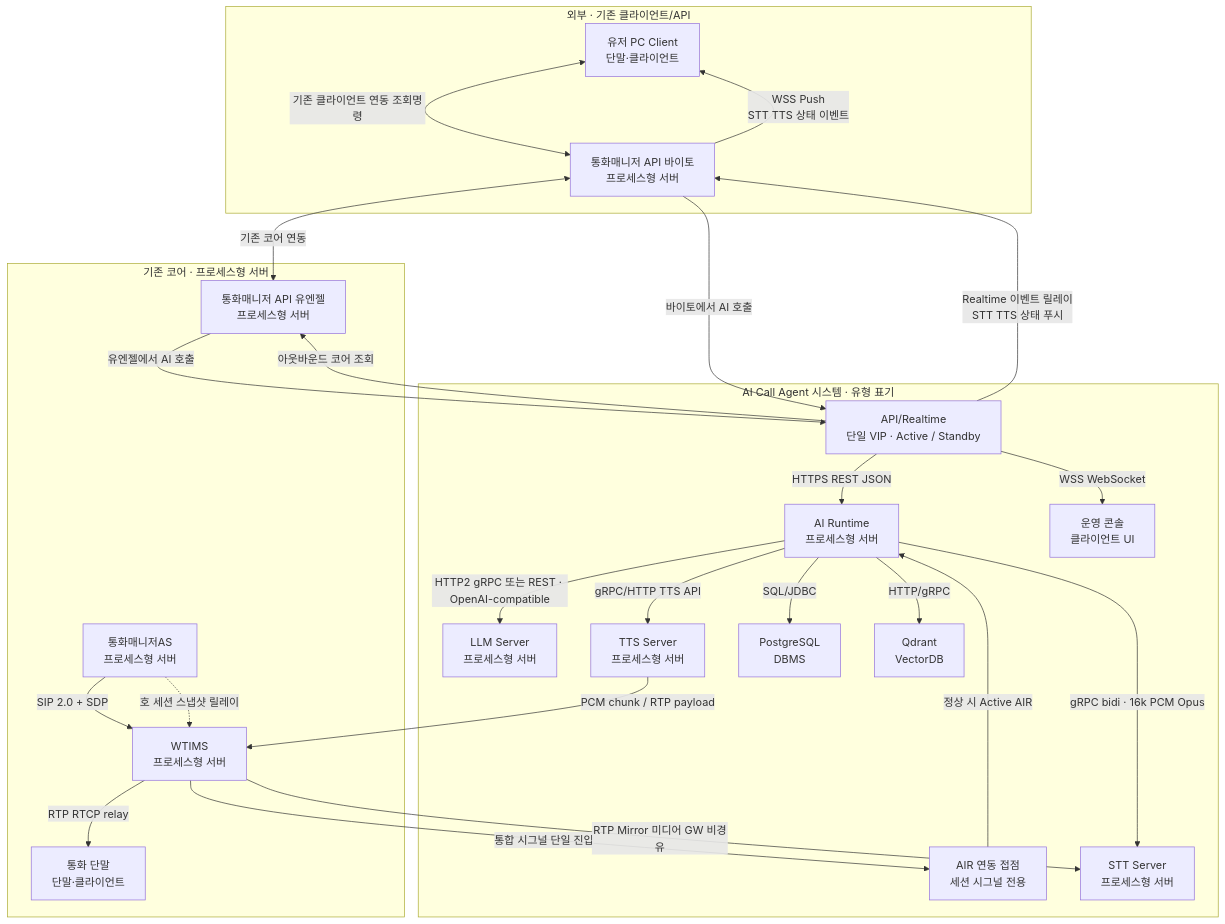
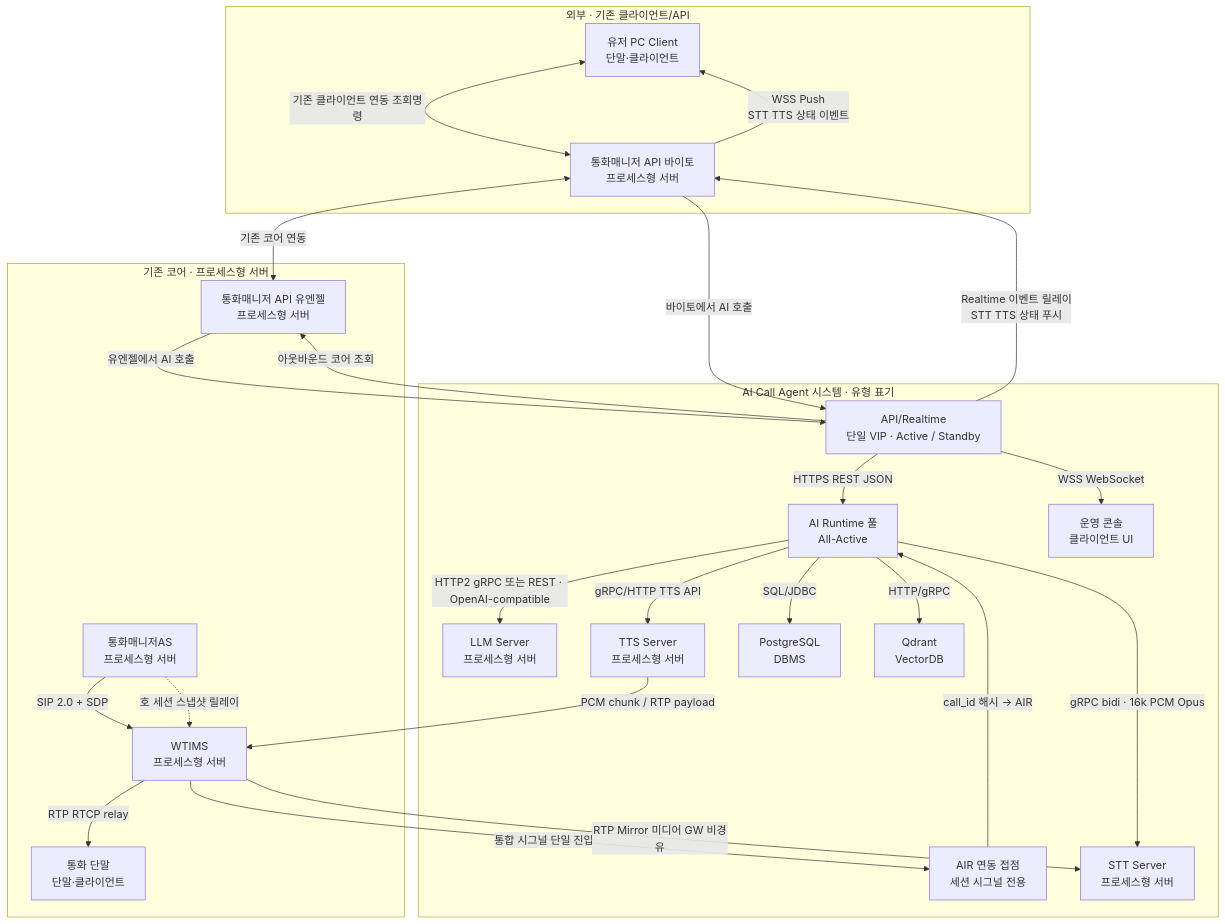
The fourth of 7 diagrams in docs/architecture/production-deployment-architecture.md (hak023/agentic_ai_callbot), drawn with Mermaid before and after one commit. The commit also changed other lines of this file, not shown here.

First line of the commit message:
docs(architecture): production deployment — AI Runtime MM, GW vs L4 검토 반영

````diff
--- a/docs/architecture/production-deployment-architecture.md
+++ b/docs/architecture/production-deployment-architecture.md
@@ -491,42 +482,42 @@
 ```mermaid
 flowchart TD
     subgraph EXT_LEGACY["외부 · 기존 클라이언트/API"]
         PCL["유저 PC Client<br/>단말·클라이언트"]
         BAPI["통화매니저 API 바이토<br/>프로세스형 서버"]
     end
     subgraph CORE["기존 코어 · 프로세스형 서버"]
         CM["통화매니저AS<br/>프로세스형 서버"] -->|SIP 2.0 + SDP| WT["WTIMS<br/>프로세스형 서버"]
         CM -.->|호 세션 스냅샷 릴레이| WT
         WT -->|RTP RTCP relay| EP["통화 단말<br/>단말·클라이언트"]
         UAPI["통화매니저 API 유엔젤<br/>프로세스형 서버"]
     end
     subgraph ACA["AI Call Agent 시스템 · 유형 표기"]
         GW["AIR 연동 접점<br/>세션 시그널 전용"]
         STT["STT Server<br/>프로세스형 서버"]
-        AIR["AI Runtime<br/>프로세스형 서버"]
+        AIR["AI Runtime 풀<br/>All-Active"]
         LLM["LLM Server<br/>프로세스형 서버"]
         TTS["TTS Server<br/>프로세스형 서버"]
         API["API/Realtime<br/>단일 VIP · Active / Standby"]
         CON["운영 콘솔<br/>클라이언트 UI"]
         ALT["PostgreSQL<br/>DBMS"]
         VDB["Qdrant<br/>VectorDB"]
     end
     PCL <-->|기존 클라이언트 연동 조회명령| BAPI;
     BAPI <-->|기존 코어 연동| UAPI;
     UAPI -->|유엔젤에서 AI 호출| API
     BAPI -->|바이토에서 AI 호출| API
     API -->|아웃바운드 코어 조회| UAPI
     API -->|Realtime 이벤트 릴레이<br/>STT TTS 상태 푸시| BAPI
     WT -->|통합 시그널 단일 진입| GW
-    GW -->|정상 시 Active AIR| AIR
+    GW -->|call_id 해시 → AIR| AIR
     WT -->|RTP Mirror 미디어 GW 비경유| STT
     AIR -->|gRPC bidi · 16k PCM Opus| STT
     AIR -->|HTTP2 gRPC 또는 REST · OpenAI-compatible| LLM
     AIR -->|gRPC/HTTP TTS API| TTS
     TTS -->|PCM chunk / RTP payload| WT
     API -->|HTTPS REST JSON| AIR
     API -->|WSS WebSocket| CON
     BAPI -->|WSS Push<br/>STT TTS 상태 이벤트| PCL
     AIR -->|SQL/JDBC| ALT
     AIR -->|HTTP/gRPC| VDB
 ```
````
